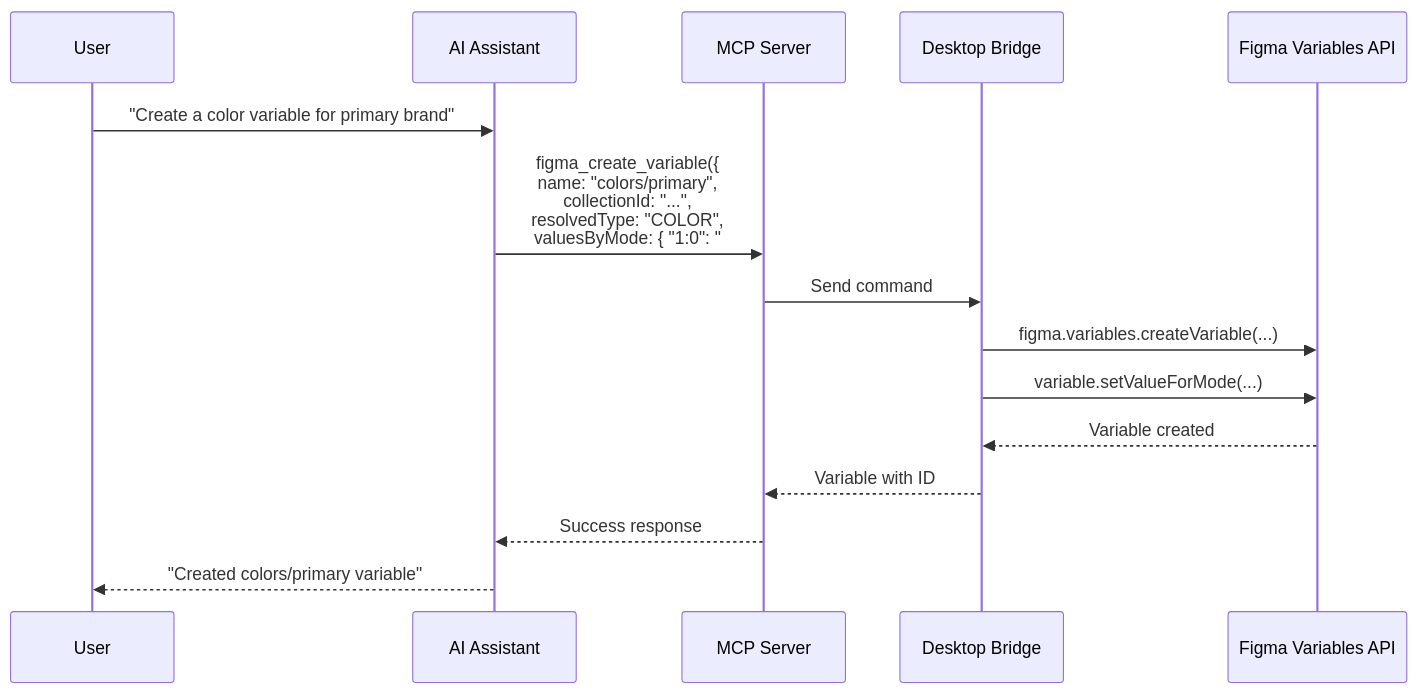
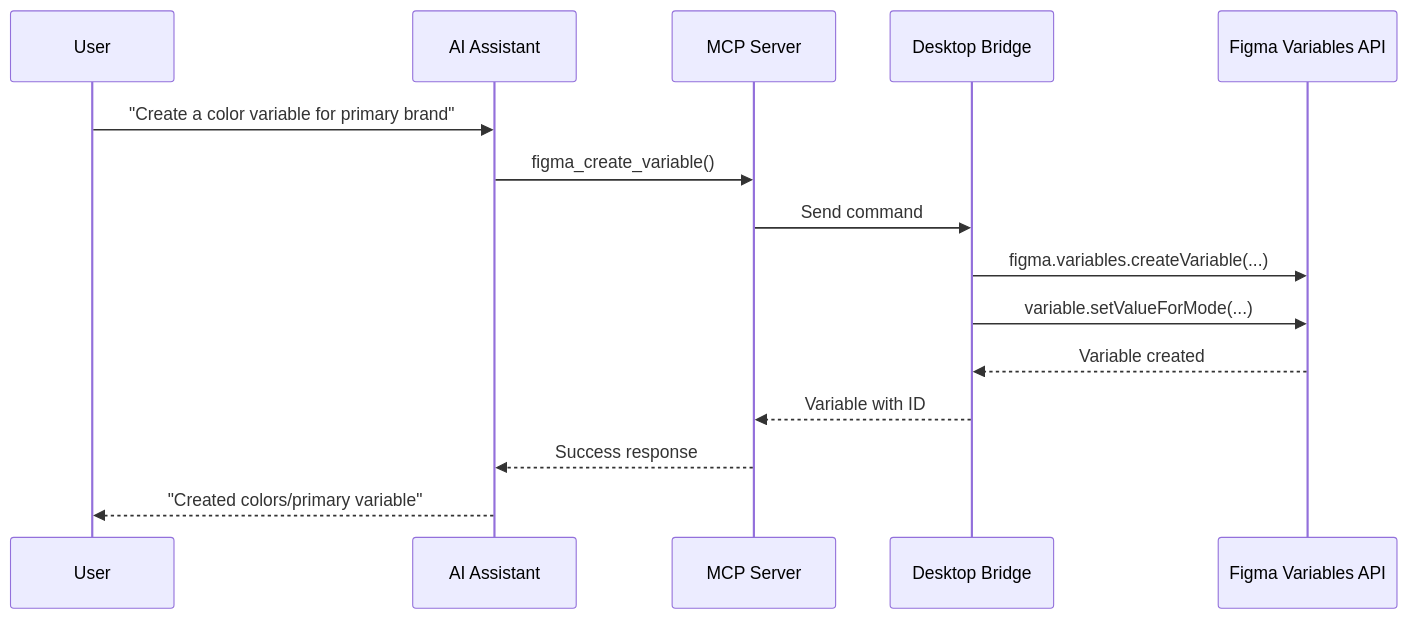
One commit to southleft/figma-console-mcp changed the fifth of 6 diagrams in docs/architecture.md. Above: the diagram before and after it, drawn with Mermaid. The commit also changed other lines of this file, not shown here.

First line of the commit message:
fix(docs): Simplify Mermaid diagrams to prevent text collisions

````diff
--- a/docs/architecture.md
+++ b/docs/architecture.md
@@ -303,18 +240,18 @@
 ```mermaid
 sequenceDiagram
     participant User
     participant AI as AI Assistant
     participant MCP as MCP Server
     participant Bridge as Desktop Bridge
     participant Figma as Figma Variables API
 
     User->>AI: "Create a color variable for primary brand"
-    AI->>MCP: figma_create_variable({<br/>name: "colors/primary",<br/>collectionId: "...",<br/>resolvedType: "COLOR",<br/>valuesByMode: { "1:0": "#3B82F6" }})
+    AI->>MCP: figma_create_variable()
     MCP->>Bridge: Send command
     Bridge->>Figma: figma.variables.createVariable(...)
     Bridge->>Figma: variable.setValueForMode(...)
     Figma-->>Bridge: Variable created
     Bridge-->>MCP: Variable with ID
     MCP-->>AI: Success response
     AI-->>User: "Created colors/primary variable"
 ```
````
